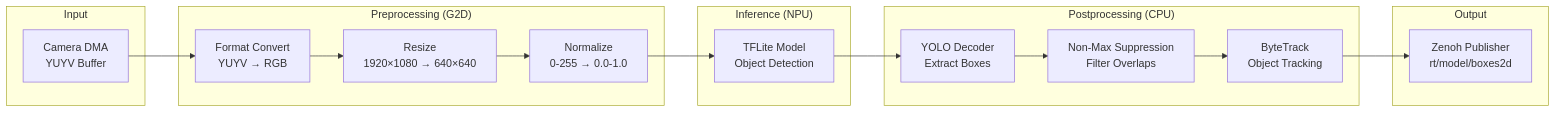
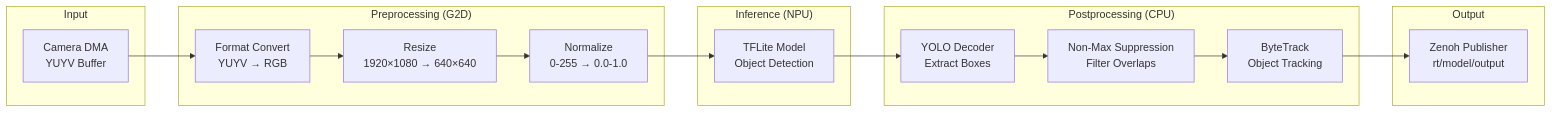
One commit to EdgeFirstAI/model changed the second of 3 diagrams in README.md. Above: the diagram before and after it, drawn with Mermaid. The commit also changed other lines of this file and 12 other files, not shown here.

First line of the commit message:
EDGEAI-1079: Unify model output and deprecate legacy topics

````diff
--- a/README.md
+++ b/README.md
@@ -238,35 +237,35 @@
 ```mermaid
 graph LR
     subgraph "Input"
         DMA["Camera DMA<br/>YUYV Buffer"]
     end
 
     subgraph "Preprocessing (G2D)"
         Convert["Format Convert<br/>YUYV → RGB"]
         Scale["Resize<br/>1920×1080 → 640×640"]
         Normalize["Normalize<br/>0-255 → 0.0-1.0"]
     end
 
     subgraph "Inference (NPU)"
         Model["TFLite Model<br/>Object Detection"]
     end
 
     subgraph "Postprocessing (CPU)"
         Decode["YOLO Decoder<br/>Extract Boxes"]
         NMS["Non-Max Suppression<br/>Filter Overlaps"]
         Track["ByteTrack<br/>Object Tracking"]
     end
 
     subgraph "Output"
-        Pub["Zenoh Publisher<br/>rt/model/boxes2d"]
+        Pub["Zenoh Publisher<br/>rt/model/output"]
     end
 
     DMA --> Convert
     Convert --> Scale
     Scale --> Normalize
     Normalize --> Model
     Model --> Decode
     Decode --> NMS
     NMS --> Track
     Track --> Pub
 ```
````
